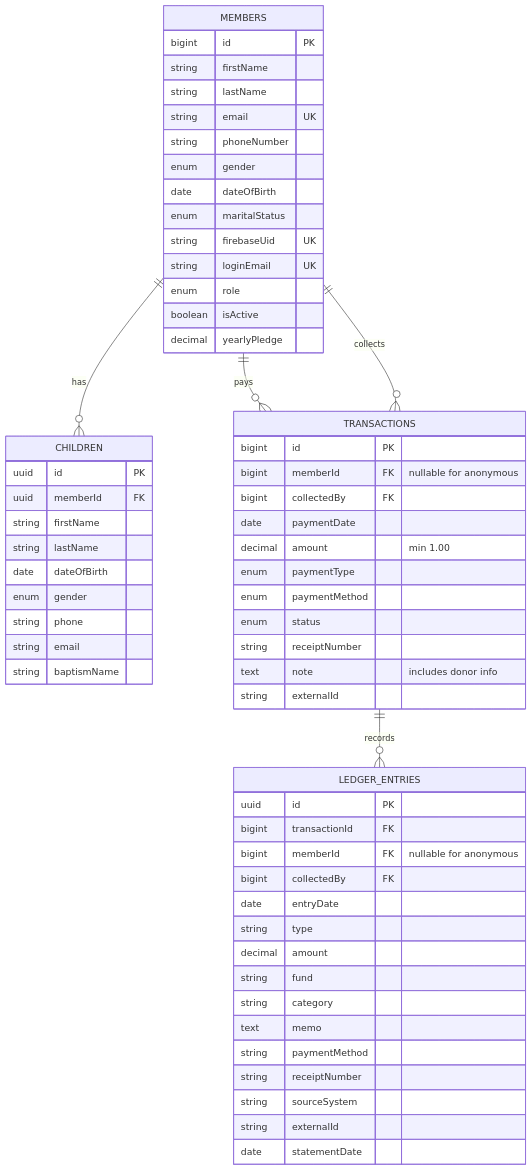
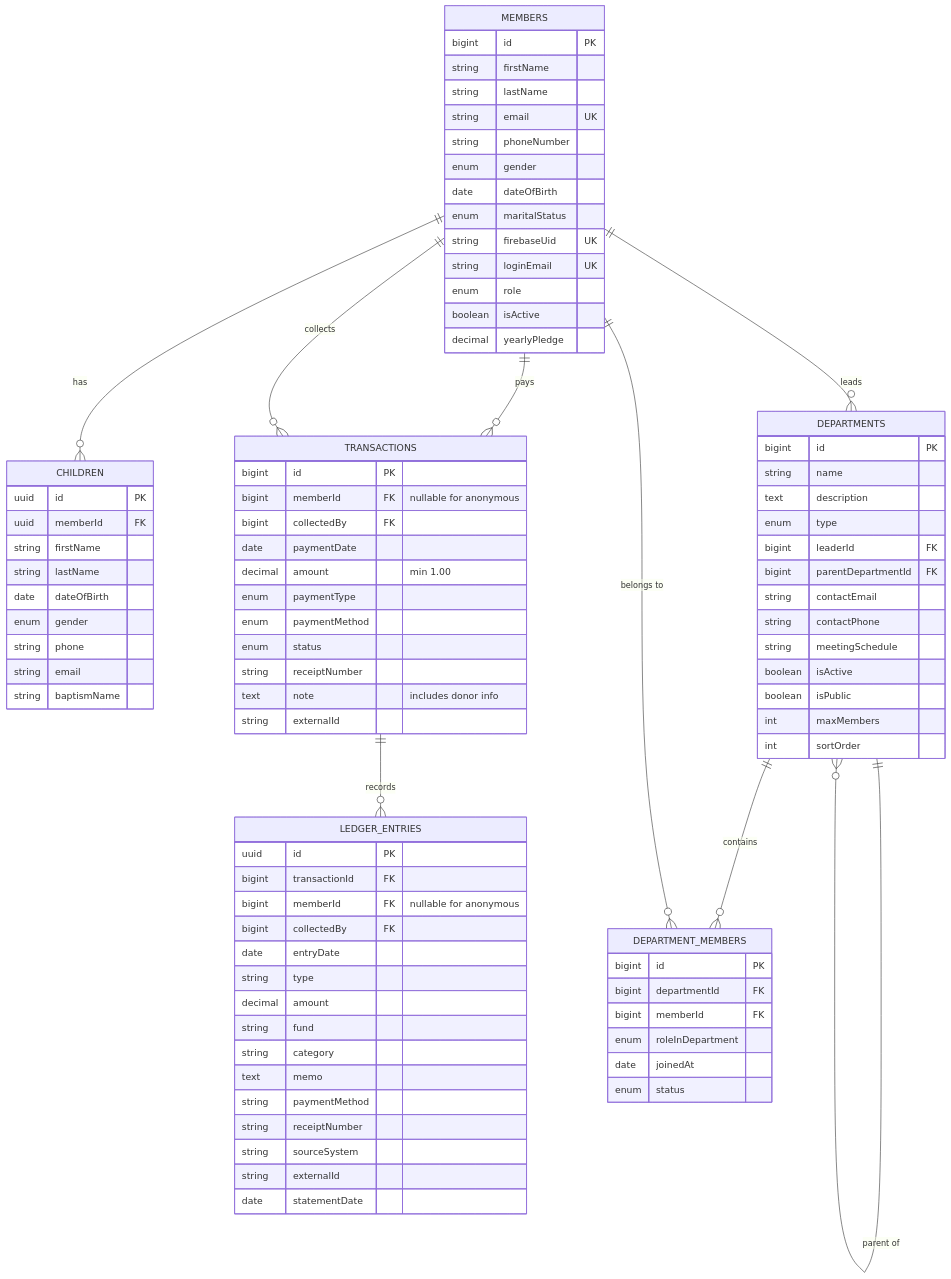
One commit to dawityifter/abune-aregawi changed the third of 4 diagrams in README.md. Above: the diagram before and after it, drawn with Mermaid. The commit also changed other lines of this file and 27 other files, not shown here.

````diff
--- a/README.md
+++ b/README.md
@@ -382,8 +413,37 @@
         date statementDate
     }
     
+    DEPARTMENTS {
+        bigint id PK
+        string name
+        text description
+        enum type
+        bigint leaderId FK
+        bigint parentDepartmentId FK
+        string contactEmail
+        string contactPhone
+        string meetingSchedule
+        boolean isActive
+        boolean isPublic
+        int maxMembers
+        int sortOrder
+    }
+    
+    DEPARTMENT_MEMBERS {
+        bigint id PK
+        bigint departmentId FK
+        bigint memberId FK
+        enum roleInDepartment
+        date joinedAt
+        enum status
+    }
+    
     MEMBERS ||--o{ CHILDREN : "has"
     MEMBERS ||--o{ TRANSACTIONS : "pays"
     MEMBERS ||--o{ TRANSACTIONS : "collects"
     TRANSACTIONS ||--o{ LEDGER_ENTRIES : "records"
+    MEMBERS ||--o{ DEPARTMENTS : "leads"
+    DEPARTMENTS ||--o{ DEPARTMENTS : "parent of"
+    DEPARTMENTS ||--o{ DEPARTMENT_MEMBERS : "contains"
+    MEMBERS ||--o{ DEPARTMENT_MEMBERS : "belongs to"
 ```
````
